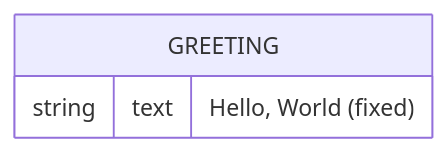
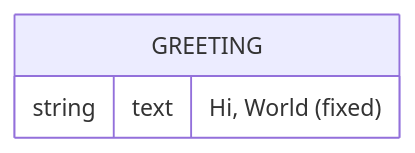
Before and after one commit to ChamodOrg/p1-hello-world-asgardeo: the diagram in specs/design/domain-model.md, drawn with Mermaid. The commit also changed 7 other files, not shown here.

````diff
--- a/specs/design/domain-model.md
+++ b/specs/design/domain-model.md
@@ -5,6 +5,6 @@
 ```mermaid
 erDiagram
     GREETING {
-        string text "Hello, World (fixed)"
+        string text "Hi, World (fixed)"
     }
 ```
````
